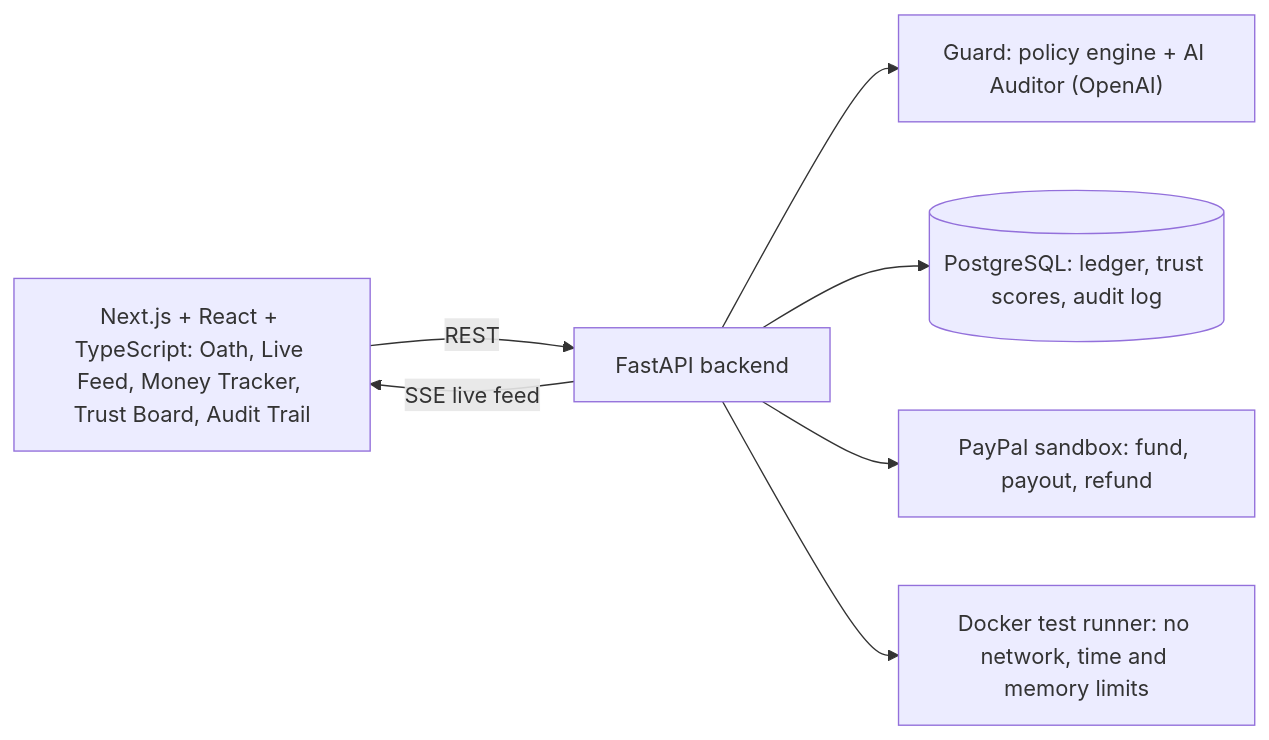
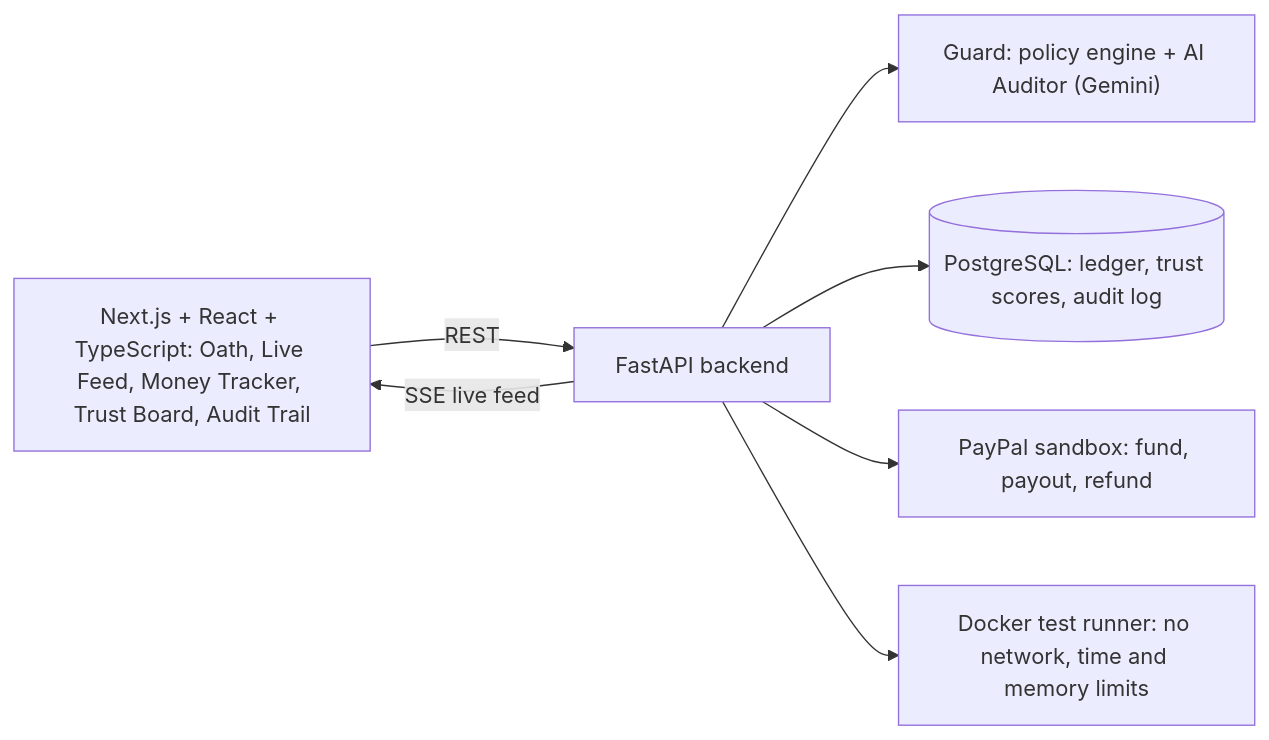
One commit to abbie-software/Horkos changed the third of 3 diagrams in README.md. Above: the diagram before and after it, drawn with Mermaid. The commit also changed other lines of this file, not shown here.

Commit message:
changed the readme.md to match the recent changes that we have rn in the user flow

````diff
--- a/README.md
+++ b/README.md
@@ -188,9 +188,9 @@
 ```mermaid
 flowchart LR
     UI["Next.js + React + TypeScript: Oath, Live Feed, Money Tracker, Trust Board, Audit Trail"] -- "REST" --> API["FastAPI backend"]
     API -- "SSE live feed" --> UI
-    API --> Guard["Guard: policy engine + AI Auditor (OpenAI)"]
+    API --> Guard["Guard: policy engine + AI Auditor (Gemini)"]
     API --> DB[("PostgreSQL: ledger, trust scores, audit log")]
     API --> PP["PayPal sandbox: fund, payout, refund"]
     API --> Runner["Docker test runner: no network, time and memory limits"]
 ```
````
